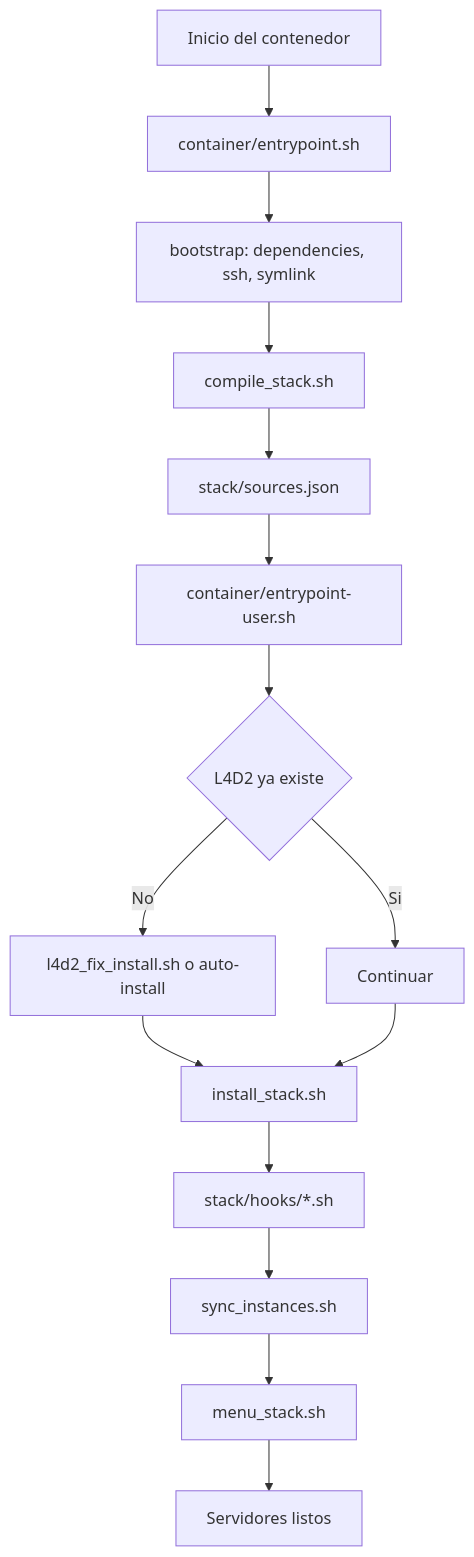
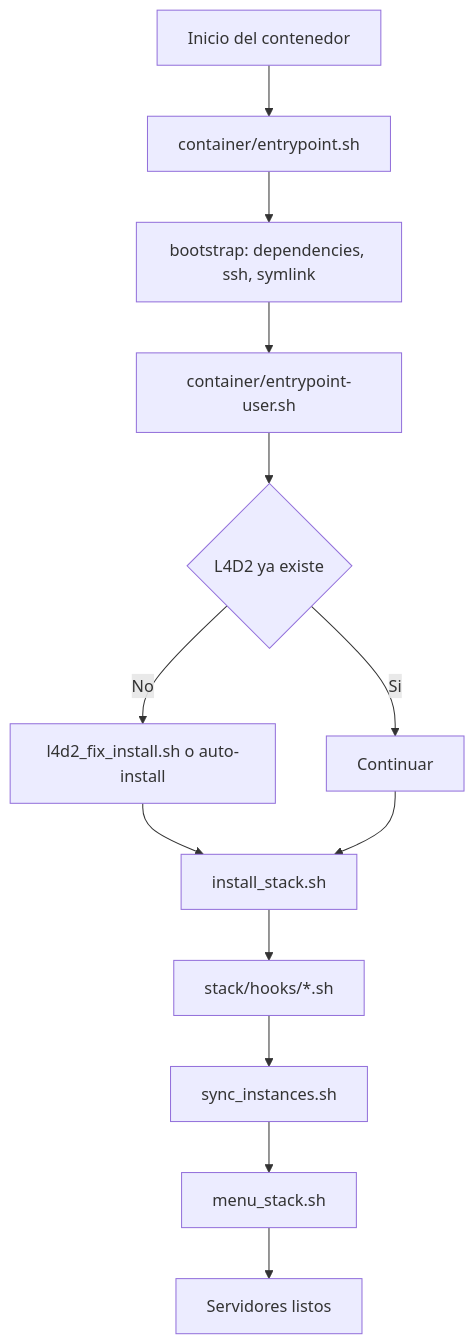
One commit to AoC-Gamers/Docker-L4D2-Competitive changed the first of 3 diagrams in docs/flowcharts.md. Above: the diagram before and after it, drawn with Mermaid. The commit also changed other lines of this file and 14 other files, not shown here.

````diff
--- a/docs/flowcharts.md
+++ b/docs/flowcharts.md
@@ -5,17 +5,15 @@
 ```mermaid
 graph TD
     A[Inicio del contenedor] --> B[container/entrypoint.sh]
     B --> C[bootstrap: dependencies, ssh, symlink]
-    C --> D[compile_stack.sh]
-    D --> E[stack/sources.json]
-    E --> F[container/entrypoint-user.sh]
-    F --> G{L4D2 ya existe}
-    G -->|No| H[l4d2_fix_install.sh o auto-install]
-    G -->|Si| I[Continuar]
-    H --> J[install_stack.sh]
-    I --> J
-    J --> K[stack/hooks/*.sh]
-    K --> L[sync_instances.sh]
-    L --> M[menu_stack.sh]
-    M --> N[Servidores listos]
+    C --> D[container/entrypoint-user.sh]
+    D --> E{L4D2 ya existe}
+    E -->|No| F[l4d2_fix_install.sh o auto-install]
+    E -->|Si| G[Continuar]
+    F --> H[install_stack.sh]
+    G --> H
+    H --> I[stack/hooks/*.sh]
+    I --> J[sync_instances.sh]
+    J --> K[menu_stack.sh]
+    K --> L[Servidores listos]
 ```
````
